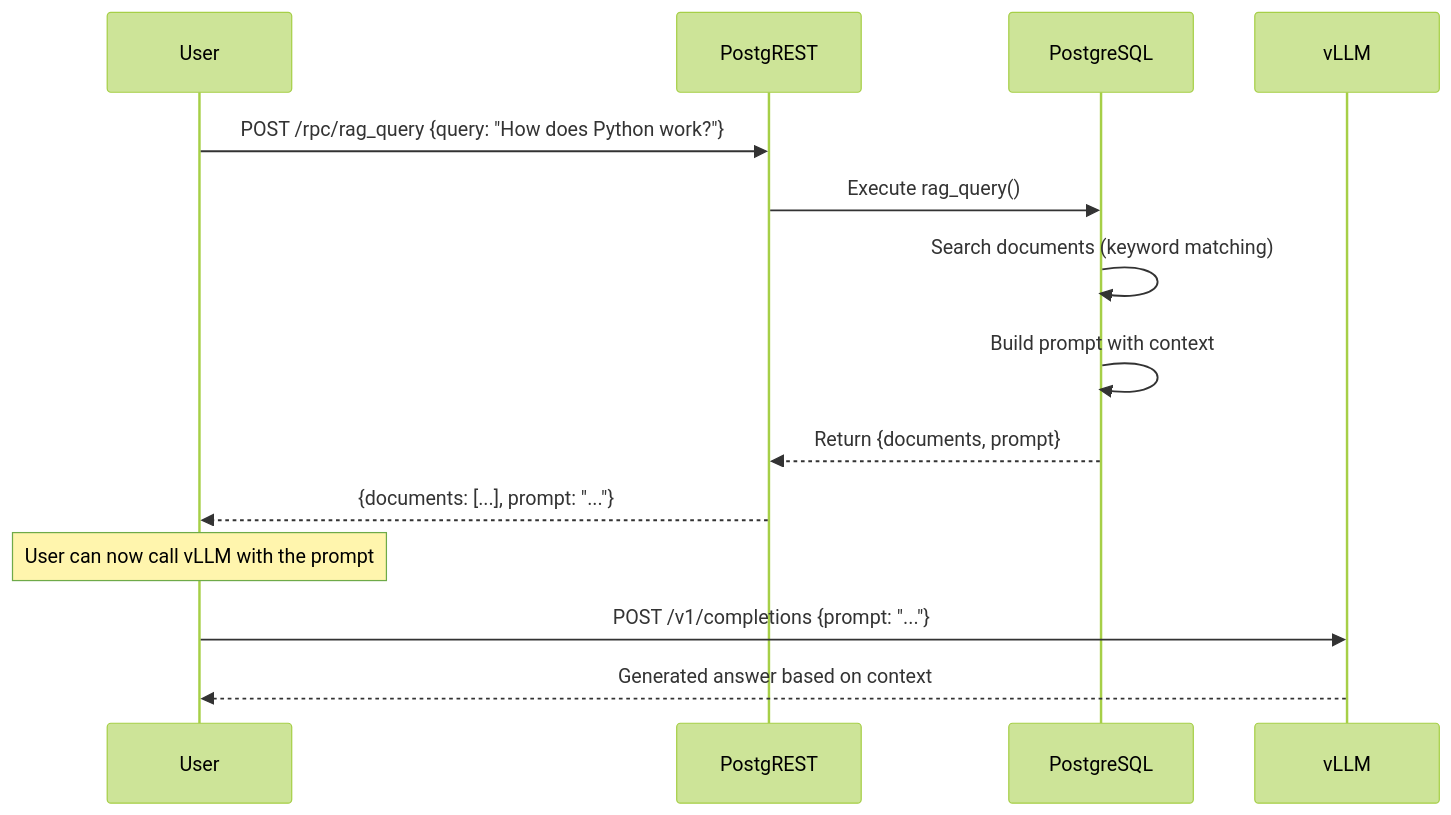
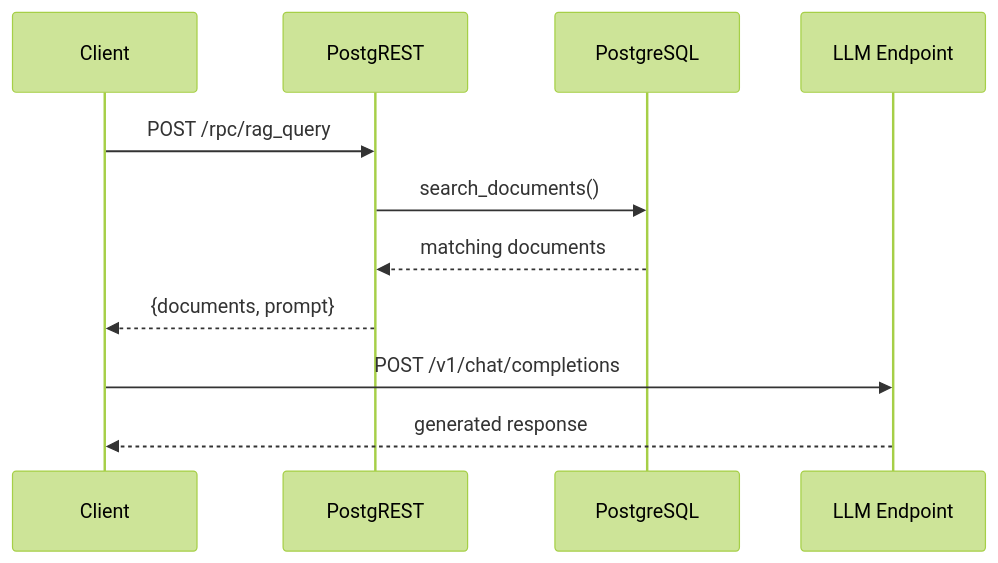
The second of 2 diagrams in README.md (devad2/pools), drawn with Mermaid (forest theme) before and after one commit. The commit also changed other lines of this file and 1 other file, not shown here.

Commit message:
fixed relevance matching

````diff
--- a/README.md
+++ b/README.md
@@ -35,18 +39,15 @@
 ```mermaid
 sequenceDiagram
-    participant User
+    participant Client
     participant API as PostgREST
     participant DB as PostgreSQL
-    participant LLM as vLLM
+    participant LLM as LLM Endpoint
 
-    User->>API: POST /rpc/rag_query {query: "How does Python work?"}
-    API->>DB: Execute rag_query()
-    DB->>DB: Search documents (keyword matching)
-    DB->>DB: Build prompt with context
-    DB-->>API: Return {documents, prompt}
-    API-->>User: {documents: [...], prompt: "..."}
+    Client->>API: POST /rpc/rag_query
+    API->>DB: search_documents()
+    DB-->>API: matching documents
+    API-->>Client: {documents, prompt}
 
-    Note over User: User can now call vLLM with the prompt
-    User->>LLM: POST /v1/completions {prompt: "..."}
-    LLM-->>User: Generated answer based on context
+    Client->>LLM: POST /v1/chat/completions
+    LLM-->>Client: generated response
 ```
````
